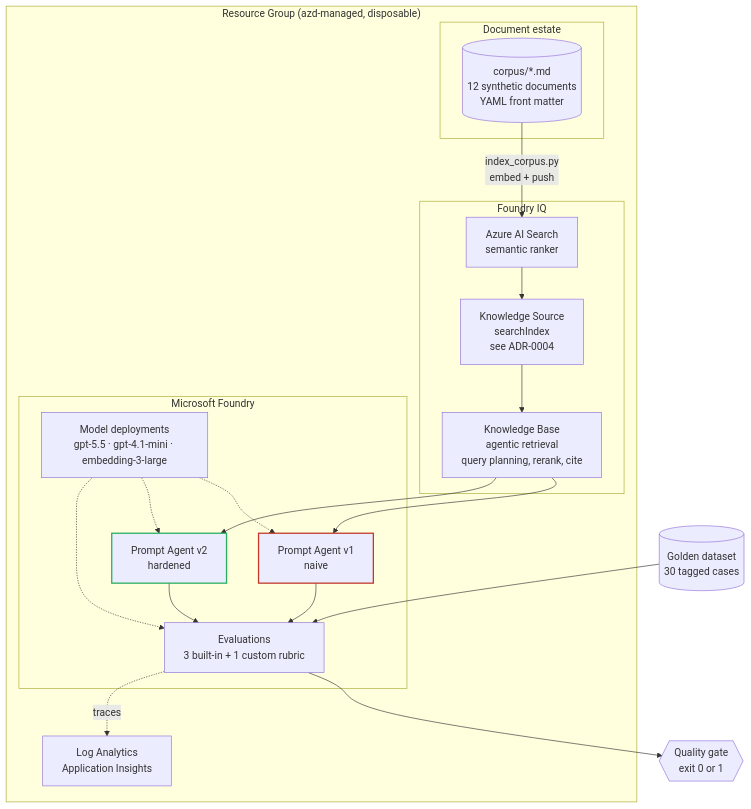
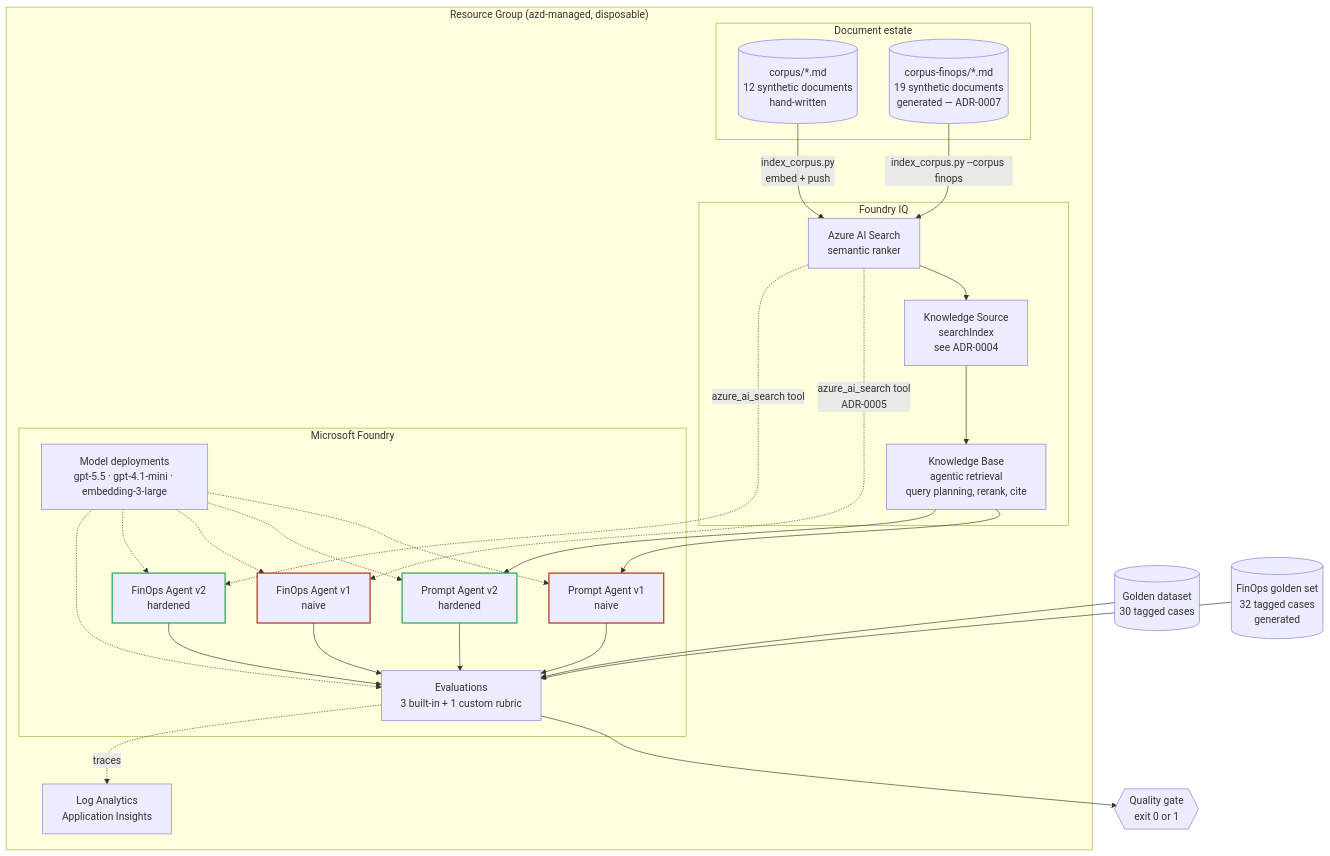
One commit to briandenicola/ai-application-architectures changed the first of 2 diagrams in src/evals/docs/architecture.md. Above: the diagram before and after it, drawn with Mermaid. The commit also changed other lines of this file and 12 other files, not shown here.

First line of the commit message:
Provision and document the FinOps track end to end

````diff
--- a/src/evals/docs/architecture.md
+++ b/src/evals/docs/architecture.md
@@ -5,44 +5,58 @@
 ```mermaid
 flowchart TB
     subgraph rg["Resource Group (azd-managed, disposable)"]
         subgraph estate["Document estate"]
-            corpus[("corpus/*.md<br/>12 synthetic documents<br/>YAML front matter")]
+            corpus[("corpus/*.md<br/>12 synthetic documents<br/>hand-written")]
+            fcorpus[("corpus-finops/*.md<br/>19 synthetic documents<br/>generated — ADR-0007")]
         end
 
         subgraph iq["Foundry IQ"]
             ks["Knowledge Source<br/>searchIndex<br/>see ADR-0004"]
             kb["Knowledge Base<br/>agentic retrieval<br/>query planning, rerank, cite"]
             search["Azure AI Search<br/>semantic ranker"]
         end
 
         subgraph foundry["Microsoft Foundry"]
             v1["Prompt Agent v1<br/>naive"]
             v2["Prompt Agent v2<br/>hardened"]
+            f1["FinOps Agent v1<br/>naive"]
+            f2["FinOps Agent v2<br/>hardened"]
             models["Model deployments<br/>gpt-5.5 · gpt-4.1-mini · embedding-3-large"]
             evals["Evaluations<br/>3 built-in + 1 custom rubric"]
         end
 
         obs["Log Analytics<br/>Application Insights"]
     end
 
     dataset[("Golden dataset<br/>30 tagged cases")]
+    fdataset[("FinOps golden set<br/>32 tagged cases<br/>generated")]
     gate{{"Quality gate<br/>exit 0 or 1"}}
 
     corpus -->|index_corpus.py<br/>embed + push| search
+    fcorpus -->|index_corpus.py --corpus finops| search
     search --> ks --> kb
     kb --> v1
     kb --> v2
+    search -.->|azure_ai_search tool<br/>ADR-0005| f1
+    search -.->|azure_ai_search tool| f2
     models -.-> v1
     models -.-> v2
+    models -.-> f1
+    models -.-> f2
     models -.-> evals
     v1 --> evals
     v2 --> evals
+    f1 --> evals
+    f2 --> evals
     dataset --> evals
+    fdataset --> evals
     evals --> gate
     evals -.traces.-> obs
 
     classDef fail stroke:#c0392b,stroke-width:2px
     classDef pass stroke:#27ae60,stroke-width:2px
     class v1 fail
     class v2 pass
+    class f1 fail
+    class f2 pass
 ```
````
